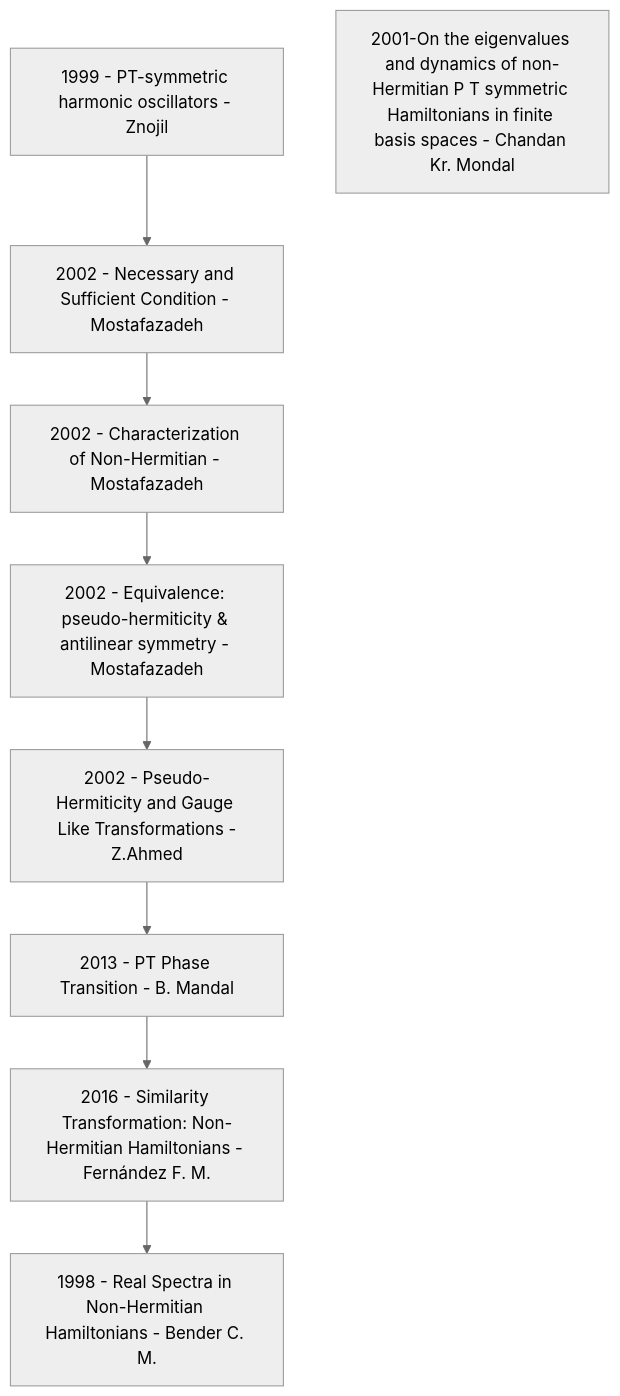
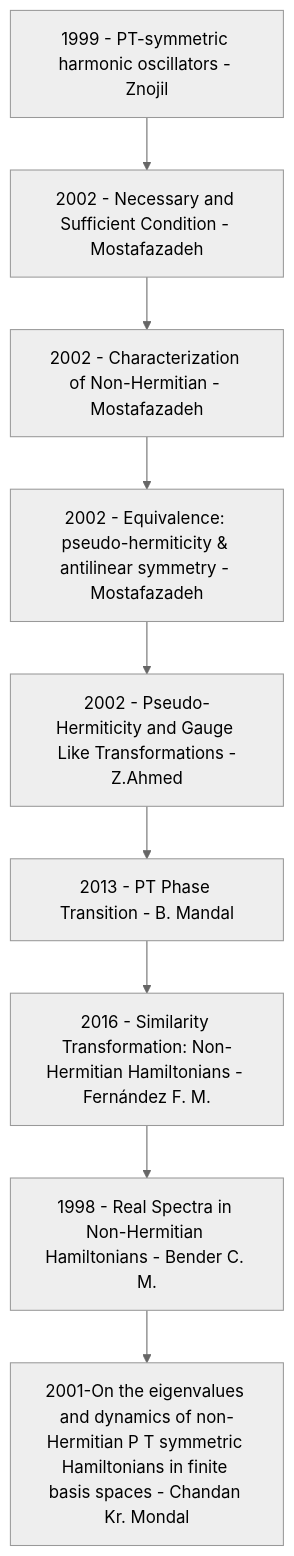
The diagram in _posts/2024-08-15-PT-Symmetry.markdown (rajeshphy/research), drawn with Mermaid (neutral theme) before and after one commit.

```diff
--- a/_posts/2024-08-15-PT-Symmetry.markdown
+++ b/_posts/2024-08-15-PT-Symmetry.markdown
@@ -19,46 +19,46 @@
 <div class="mermaid">
 graph TD;
 
     A[1999 - PT-symmetric harmonic oscillators - Znojil]
     A1[2002 - Necessary and Sufficient Condition - Mostafazadeh]
     A2[2002 - Characterization of Non-Hermitian - Mostafazadeh]
     A3[2002 - Equivalence: pseudo-hermiticity & antilinear symmetry - Mostafazadeh]
     
     B[2002 - Pseudo-Hermiticity and Gauge Like Transformations -Z.Ahmed]
 
     C[2013 - PT Phase Transition - B. Mandal]
 
         
     D[2016 - Similarity Transformation: Non-Hermitian Hamiltonians - Fernández F. M.]
 
     E[1998 - Real Spectra in Non-Hermitian Hamiltonians - Bender C. M.]
 
     E1[2001-On the eigenvalues and dynamics of non-Hermitian P T symmetric Hamiltonians in finite basis spaces - Chandan Kr. Mondal]
 
 
 
     A-->A1-->A2; A2-->A3; A3-->B;
-    B-->C; C-->D; D-->E;
+    B-->C; C-->D; D-->E; E-->E1;
 
 
     click A "{{ site.PAPERS-ORG }}/PAPERS-ORG/PT-Symmetry/1999-znojil.pdf";
     click A1 "{{ site.PAPERS-ORG }}/PAPERS-ORG/PT-Symmetry/2002-Necessary-Sufficient-Condition-Mostafazadeh.pdf";
     click A2 "{{ site.PAPERS-ORG }}/PAPERS-ORG/PT-Symmetry/2002-Characterization-Non-Hermitian-Mostafazadeh.pdf";
     click A3 "{{ site.PAPERS-ORG }}/PAPERS-ORG/PT-Symmetry/2002-Equivalence-Pseudo-Hermiticity-Antilinear-Symmetries-Mostafazadeh.pdf";
 
     click B "{{ site.PAPERS-ORG }}/PAPERS-ORG/PT-Symmetry/2002-Pseudo-Hermiticity-Gauge-Like-Transformations-Ahmed.pdf";
 
     click C "{{ site.PAPERS-ORG }}/PAPERS-ORG/PT-Symmetry/2013-PT-Phase-Transition-Mandal.pdf";
 
     click D "{{ site.PAPERS-ORG }}/PAPERS-ORG/PT-Symmetry/2016-Similarity-Transformation-Fernandez.pdf";
 
     click E "{{ site.PAPERS-ORG }}/PAPERS-ORG/PT-Symmetry/bender1998.pdf";
 
     click E1 "{{ site.PAPERS-ORG }}/PAPERS-ORG/PT-Symmetry/mondal2001.pdf";
 
 
 
 
 
 
 </div>
```
